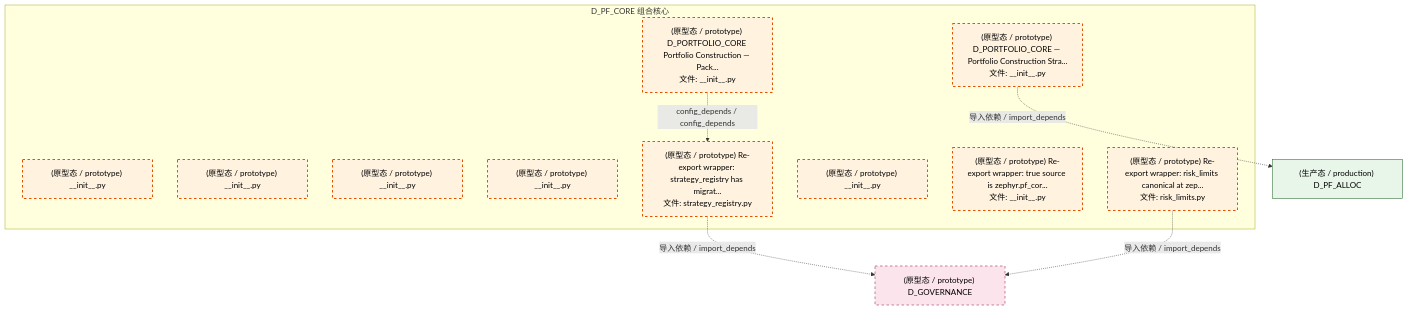
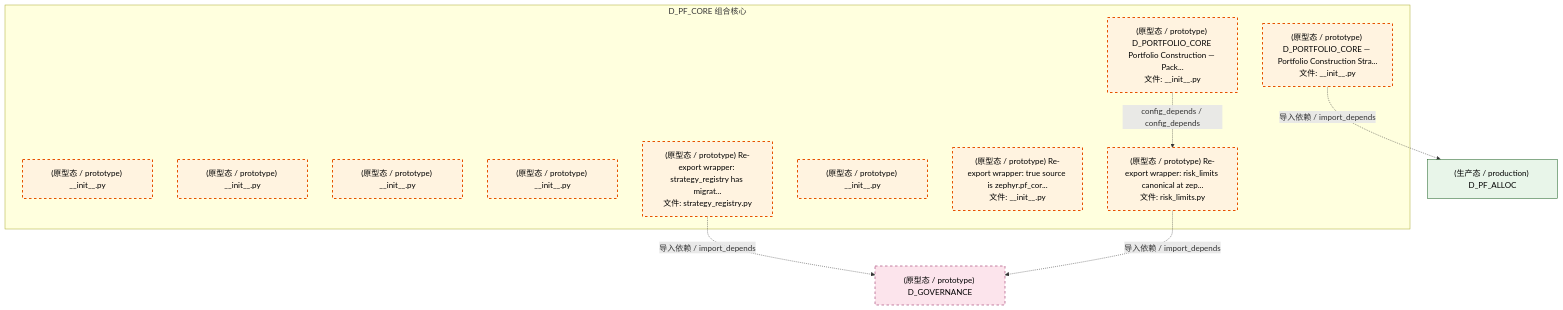
Before and after one commit to xuanFelixVan/ZephyrAlpha: the third of 4 diagrams in docs/02_enterprise_architecture/02_domain_architecture_docs/52_d_pf_core.md, drawn with Mermaid. The commit also changed other lines of this file and 125 other files, not shown here.

````diff
--- a/docs/02_enterprise_architecture/02_domain_architecture_docs/52_d_pf_core.md
+++ b/docs/02_enterprise_architecture/02_domain_architecture_docs/52_d_pf_core.md
@@ -146,28 +146,28 @@
 ```mermaid
 graph TD
     subgraph D_PF_CORE["D_PF_CORE 组合核心"]
         src_zephyr_pf_core_init_py["(原型态 / prototype) D_PORTFOLIO_CORE Portfolio Construction — Pack...<br/>文件: __init__.py"]
         src_zephyr_pf_core_extensions_init_py["(原型态 / prototype) __init__.py"]
         src_zephyr_pf_core_api_init_py["(原型态 / prototype) __init__.py"]
         src_zephyr_pf_core_core_init_py["(原型态 / prototype) __init__.py"]
         src_zephyr_pf_core_infrastructure_init_py["(原型态 / prototype) __init__.py"]
         src_zephyr_pf_core_risk_limits_py["(原型态 / prototype) Re-export wrapper: risk_limits canonical at zep...<br/>文件: risk_limits.py"]
         src_zephyr_pf_core_services_init_py["(原型态 / prototype) __init__.py"]
         src_zephyr_pf_core_strategies_init_py["(原型态 / prototype) Re-export wrapper: true source is zephyr.pf_cor...<br/>文件: __init__.py"]
         src_zephyr_pf_core_strategy_engine_init_py["(原型态 / prototype) D_PORTFOLIO_CORE — Portfolio Construction Stra...<br/>文件: __init__.py"]
         src_zephyr_pf_core_strategy_registry_py["(原型态 / prototype) Re-export wrapper: strategy_registry has migrat...<br/>文件: strategy_registry.py"]
     end
-    src_zephyr_pf_core_init_py -.->|config_depends / config_depends| src_zephyr_pf_core_strategy_registry_py
+    src_zephyr_pf_core_init_py -.->|config_depends / config_depends| src_zephyr_pf_core_risk_limits_py
     D_PF_ALLOC["(生产态 / production) D_PF_ALLOC"]
     src_zephyr_pf_core_strategy_engine_init_py -.->|导入依赖 / import_depends| D_PF_ALLOC
     D_GOVERNANCE["(原型态 / prototype) D_GOVERNANCE"]
     src_zephyr_pf_core_strategy_registry_py -.->|导入依赖 / import_depends| D_GOVERNANCE
     src_zephyr_pf_core_risk_limits_py -.->|导入依赖 / import_depends| D_GOVERNANCE
     classDef production fill:#e1f5fe,stroke:#01579b,stroke-width:2px,color:#000
     classDef design fill:#fff3e0,stroke:#e65100,stroke-width:2px,color:#000,stroke-dasharray: 5 5
     classDef external_prod fill:#e8f5e9,stroke:#1b5e20,stroke-width:1px,color:#000
     classDef external_design fill:#fce4ec,stroke:#880e4f,stroke-width:1px,color:#000,stroke-dasharray: 5 5
     class src_zephyr_pf_core_init_py,src_zephyr_pf_core_extensions_init_py,src_zephyr_pf_core_api_init_py,src_zephyr_pf_core_core_init_py,src_zephyr_pf_core_infrastructure_init_py,src_zephyr_pf_core_risk_limits_py,src_zephyr_pf_core_services_init_py,src_zephyr_pf_core_strategies_init_py,src_zephyr_pf_core_strategy_engine_init_py,src_zephyr_pf_core_strategy_registry_py design
     class D_PF_ALLOC external_prod
     class D_GOVERNANCE external_design
 ```
````
